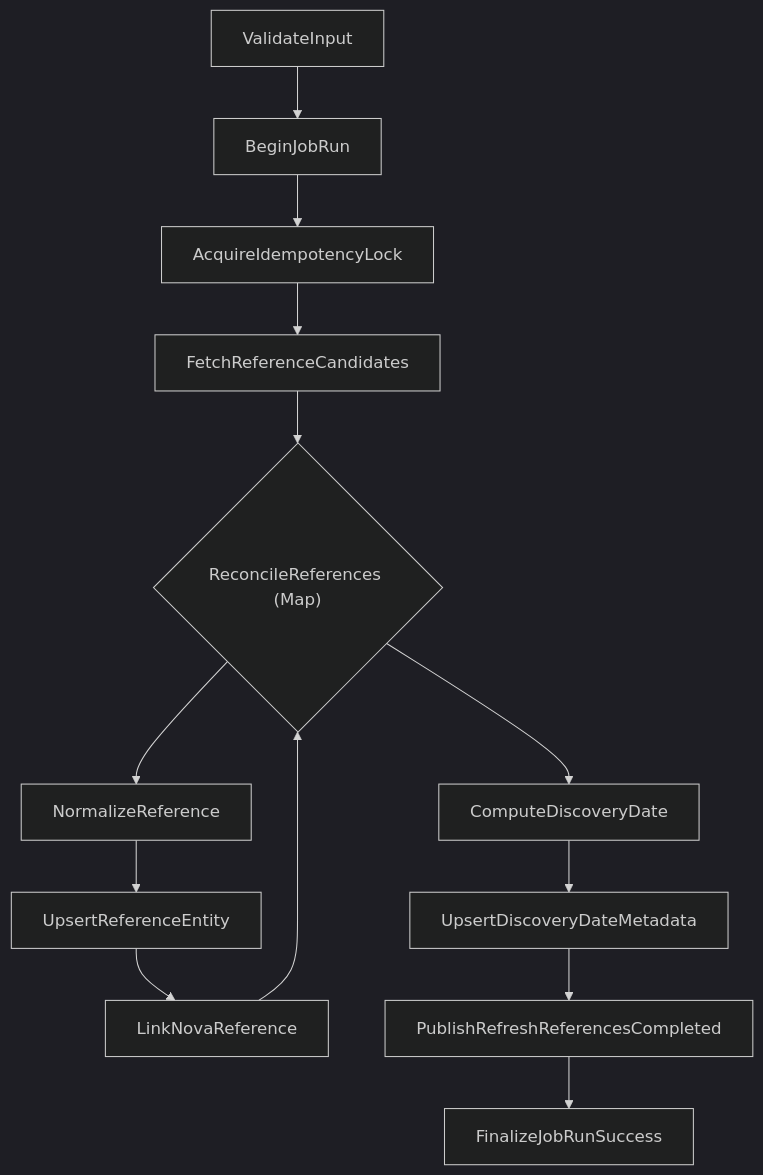
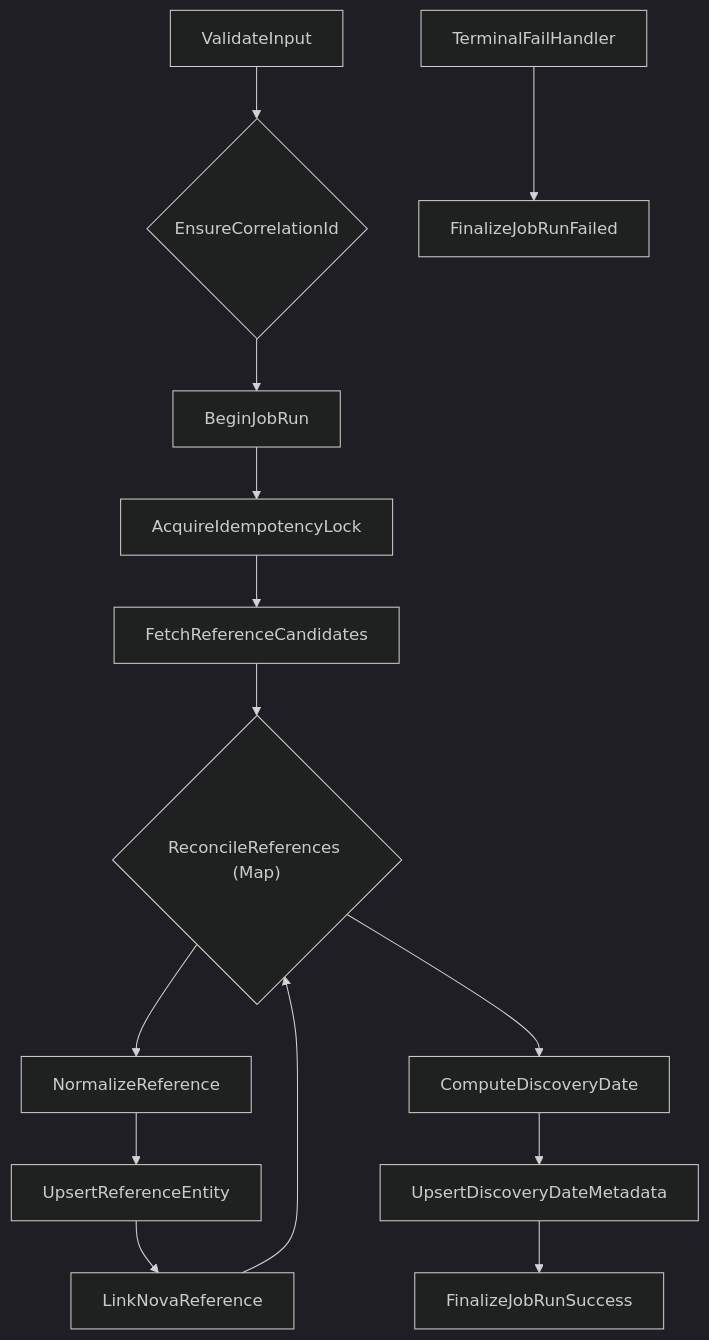
The diagram in docs/diagrams/workflow-refresh-references.md (finzellt/aws_nova_cat), drawn with Mermaid (dark theme) before and after one commit. The commit also changed 15 other files, not shown here.

Commit message:
chore(diagrams): regenerate workflow diagrams to reflect updated state machines

````diff
--- a/docs/diagrams/workflow-refresh-references.md
+++ b/docs/diagrams/workflow-refresh-references.md
@@ -1,15 +1,20 @@
 ```mermaid
 flowchart TD
-  A[ValidateInput] --> B[BeginJobRun] --> C[AcquireIdempotencyLock]
-  C --> D[FetchReferenceCandidates]
-  D --> M{"ReconcileReferences (Map)"}
+  A[ValidateInput] --> B{EnsureCorrelationId}
+  B --> C[BeginJobRun]
+  C --> D[AcquireIdempotencyLock]
+  D --> E[FetchReferenceCandidates]
+  E --> M{"ReconcileReferences (Map)"}
+
   M --> N[NormalizeReference]
-  N --> U[UpsertReferenceEntity]
-  U --> L[LinkNovaReference]
-  L --> M
-  M --> DD[ComputeDiscoveryDate]
-  DD --> UD[UpsertDiscoveryDateMetadata]
-  UD --> P[PublishRefreshReferencesCompleted]
-  P --> S[FinalizeJobRunSuccess]
+  N --> O[UpsertReferenceEntity]
+  O --> P[LinkNovaReference]
+  P --> M
+
+  M --> R[ComputeDiscoveryDate]
+  R --> S[UpsertDiscoveryDateMetadata]
+  S --> T[FinalizeJobRunSuccess]
+
+  TF[TerminalFailHandler] --> FF[FinalizeJobRunFailed]
 
 ```
````
